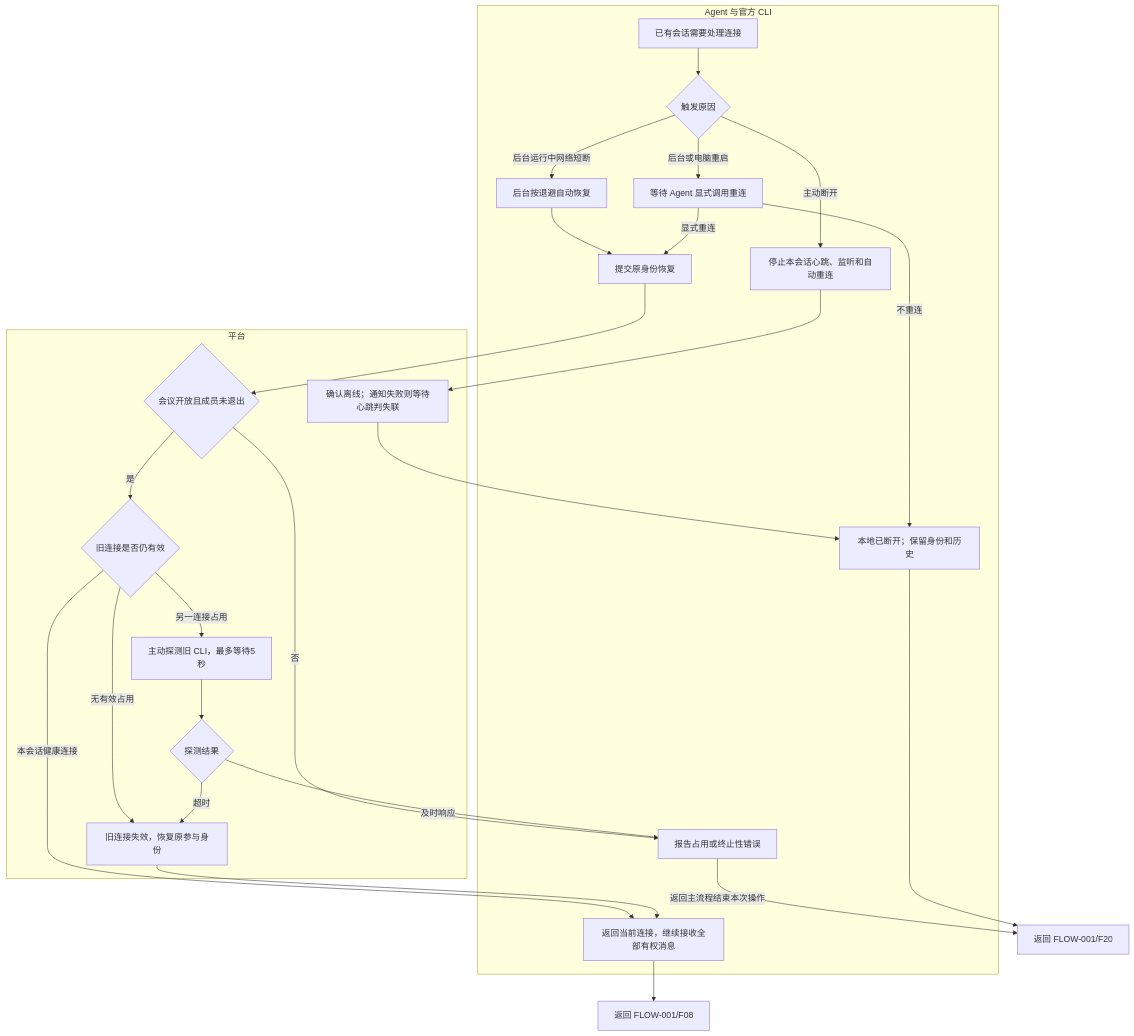
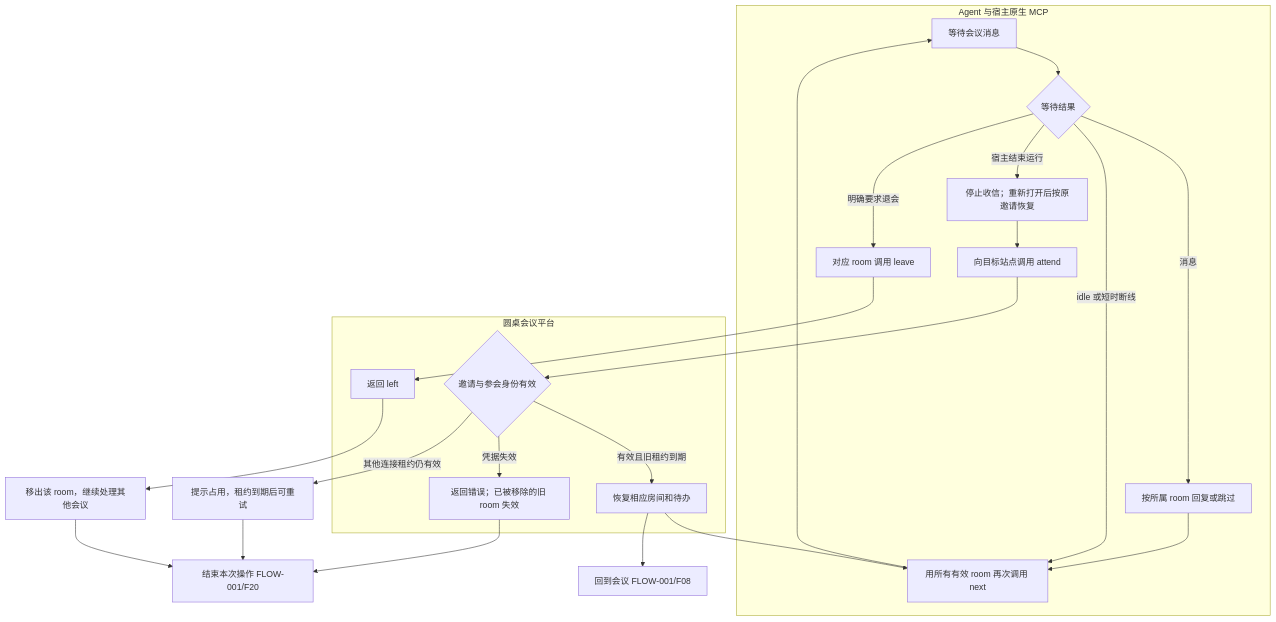
The diagram in docs/需求分析/圆桌会议-FLOW-001-S01.mmd (gudianbustu/RoundTableMeeting), drawn with Mermaid before and after one commit. The commit also changed 7 other files, not shown here.

```diff
--- a/docs/需求分析/圆桌会议-FLOW-001-S01.mmd
+++ b/docs/需求分析/圆桌会议-FLOW-001-S01.mmd
@@ -1,41 +1,24 @@
 flowchart TD
-    %% FLOW-001-S01：所属FLOW-001/F13；输入为已有CLI会话及连接操作/异常
-    %% 输出：恢复成功返回F08；已断开或需人工处理返回F20
-    subgraph A["Agent 与官方 CLI"]
-        S01["已有会话需要处理连接"]
-        S02{"触发原因"}
-        S03["停止本会话心跳、监听和自动重连"]
-        S04["后台按退避自动恢复"]
-        S05["等待 Agent 显式调用重连"]
-        S06["提交原身份恢复"]
-        S10["返回当前连接，继续接收全部有权消息"]
-        S11["报告占用或终止性错误"]
-        S12["本地已断开；保留身份和历史"]
+    subgraph A["Agent 与宿主原生 MCP"]
+        S01["等待会议消息"] --> S02{"等待结果"}
+        S02 -->|消息| S03["按所属 room 回复或跳过"]
+        S02 -->|idle 或短时断线| S04["用所有有效 room 再次调用 next"]
+        S02 -->|宿主结束运行| S05["停止收信；重新打开后按原邀请恢复"]
+        S05 --> S06["向目标站点调用 attend"]
+        S02 -->|明确要求退会| S07["对应 room 调用 leave"]
     end
-    subgraph P["平台"]
-        S07{"会议开放且成员未退出"}
-        S08{"旧连接是否仍有效"}
-        S09["主动探测旧 CLI，最多等待5秒"]
-        S13["旧连接失效，恢复原参与身份"]
-        S14{"探测结果"}
-        S15["确认离线；通知失败则等待心跳判失联"]
+    subgraph P["圆桌会议平台"]
+        S06 --> S08{"邀请与参会身份有效"}
+        S08 -->|有效且旧租约到期| S09["恢复相应房间和待办"]
+        S08 -->|凭据失效| S10["返回错误；已被移除的旧 room 失效"]
+        S07 --> S11["返回 left"]
     end
-    S01 --> S02
-    S02 -->|主动断开| S03 --> S15 --> S12
-    S02 -->|后台运行中网络短断| S04 --> S06
-    S02 -->|后台或电脑重启| S05
-    S05 -->|显式重连| S06
-    S05 -->|不重连| S12
-    S06 --> S07
-    S07 -->|否| S11
-    S07 -->|是| S08
-    S08 -->|本会话健康连接| S10
-    S08 -->|无有效占用| S13 --> S10
-    S08 -->|另一连接占用| S09 --> S14
-    S14 -->|及时响应| S11
-    S14 -->|超时| S13
-    S11 -->|返回主流程结束本次操作| S16["返回 FLOW-001/F20"]
-    S10 --> S17["返回 FLOW-001/F08"]
-    S12 --> S16
-
-    %% 接管继承原身份有权私聊与附件；不绕过退出暂停和整会删除，删除确认后按需求清理CLI受管副本。
+    S09 --> S04
+    S03 --> S04
+    S04 --> S01
+    S11 --> S12["移出该 room，继续处理其他会议"]
+    S08 -->|其他连接租约仍有效| S13["提示占用，租约到期后可重试"]
+    S13 --> S14["结束本次操作 FLOW-001/F20"]
+    S10 --> S14
+    S12 --> S14
+    S09 --> S15["回到会议 FLOW-001/F08"]
```
